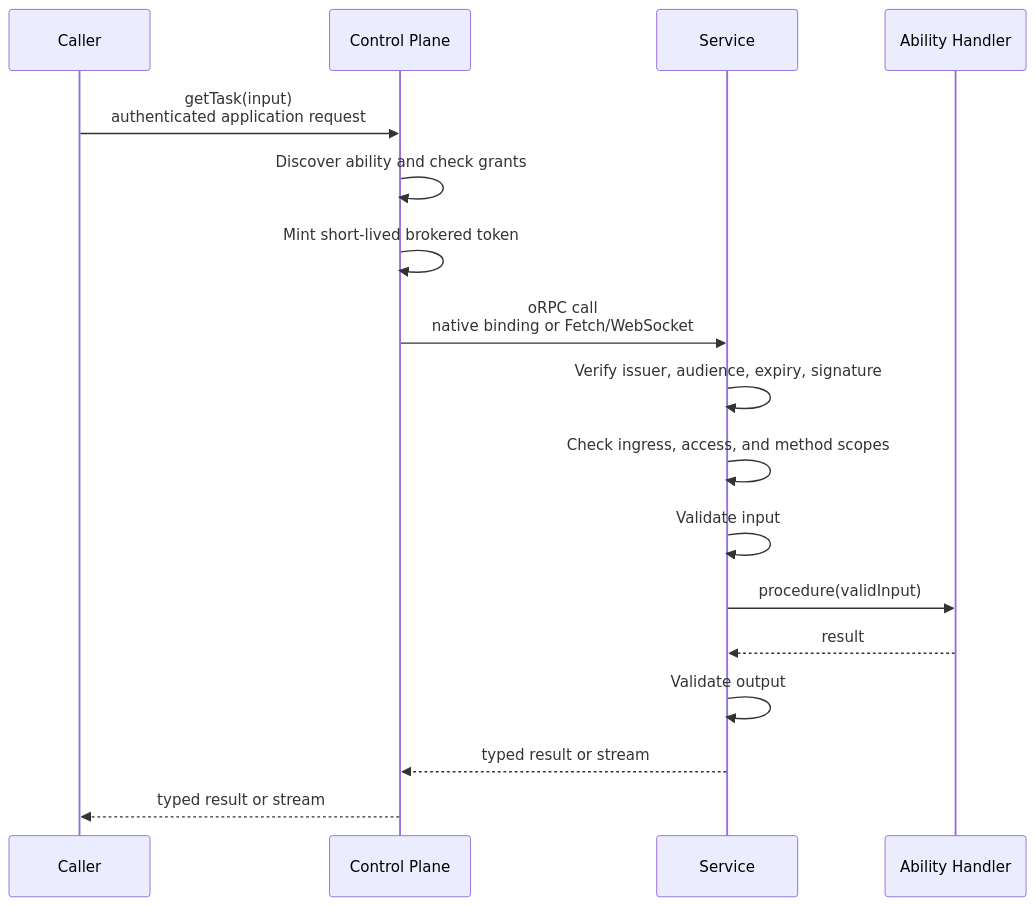
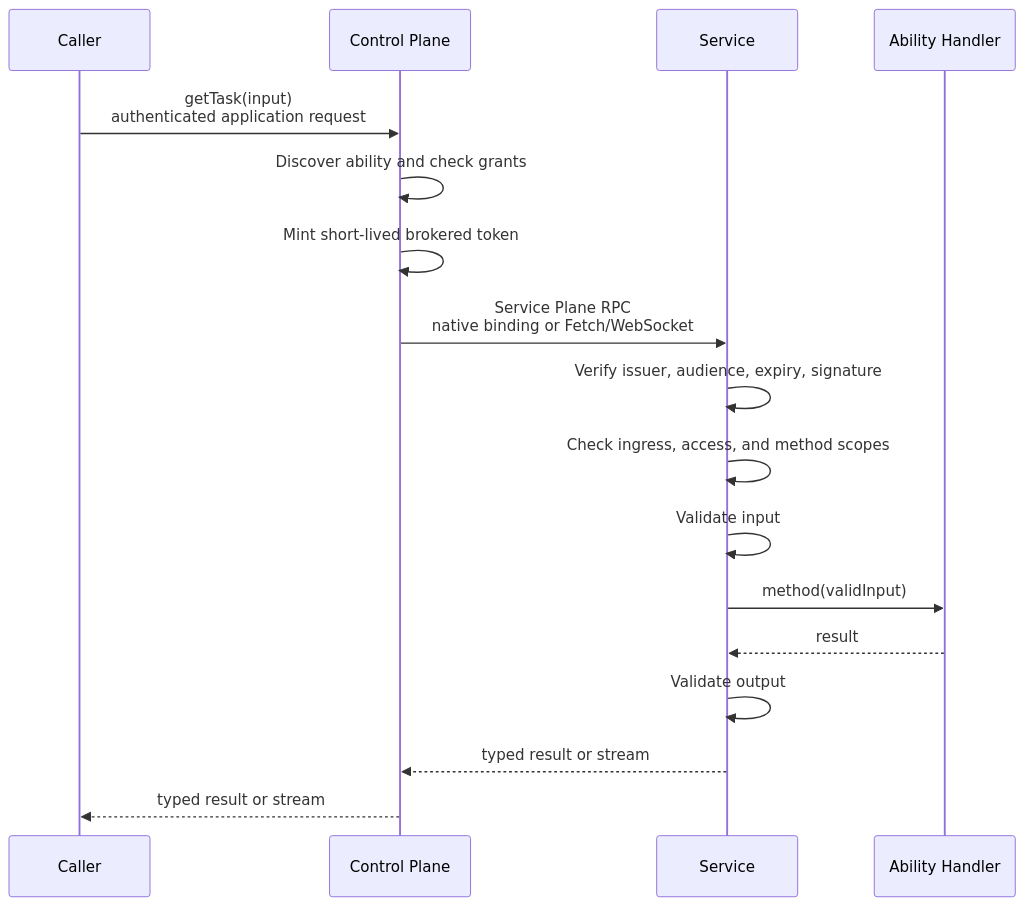
One commit to JUVOJustin/service-plane changed the first of 3 diagrams in .apm/skills/service-plane/references/architecture.md. Above: the diagram before and after it, drawn with Mermaid. The commit also changed other lines of this file and 56 other files, not shown here.

Commit message:
Hide oRPC behind the Service Plane API

````diff
--- a/.apm/skills/service-plane/references/architecture.md
+++ b/.apm/skills/service-plane/references/architecture.md
@@ -29,20 +29,20 @@
 ```mermaid
 sequenceDiagram
   participant Caller as Caller
   participant Plane as Control Plane
   participant Service as Service
   participant Handler as Ability Handler
 
   Caller->>Plane: getTask(input)<br/>authenticated application request
   Plane->>Plane: Discover ability and check grants
   Plane->>Plane: Mint short-lived brokered token
-  Plane->>Service: oRPC call<br/>native binding or Fetch/WebSocket
+  Plane->>Service: Service Plane RPC<br/>native binding or Fetch/WebSocket
   Service->>Service: Verify issuer, audience, expiry, signature
   Service->>Service: Check ingress, access, and method scopes
   Service->>Service: Validate input
-  Service->>Handler: procedure(validInput)
+  Service->>Handler: method(validInput)
   Handler-->>Service: result
   Service->>Service: Validate output
   Service-->>Plane: typed result or stream
   Plane-->>Caller: typed result or stream
 ```
````
